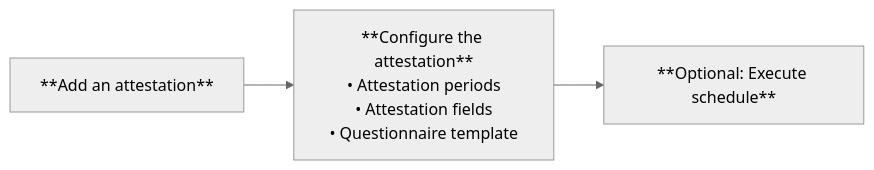
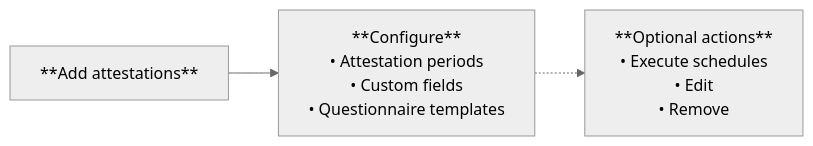
Before and after one commit to validmind/documentation: the diagram in site/guide/attestation/set-up-attestations.qmd, drawn with Mermaid (neutral theme). The commit also changed other lines of this file, not shown here.

Commit message:
Minimal mermaid diagram is best mermaid diagram

````diff
--- a/site/guide/attestation/set-up-attestations.qmd
+++ b/site/guide/attestation/set-up-attestations.qmd
@@ -10,8 +10,11 @@
 ```{mermaid}
 flowchart LR
-    A["**Add an attestation**"] --> B["**Configure the attestation**<br>• Attestation periods<br>• Attestation fields<br>• Questionnaire template"] --> C["**Optional: Execute schedule**"]
+    A["**Add attestations**"] --> B["**Configure**<br>• Attestation periods<br>• Custom fields<br>• Questionnaire templates"]
+    
+    O["**Optional actions**<br>• Execute schedules<br>• Edit<br>• Remove"]
+    B -.-> O
     
     click A "#add-attestations" "Go to Add attestations section"
     click B "#configure-attestations" "Go to Configure attestations section"
-    click C "#execute-attestation-schedules" "Go to Execute attestation schedules section"
+    click O "#execute-attestation-schedules" "Go to Execute attestation schedules section"
 ```
````
